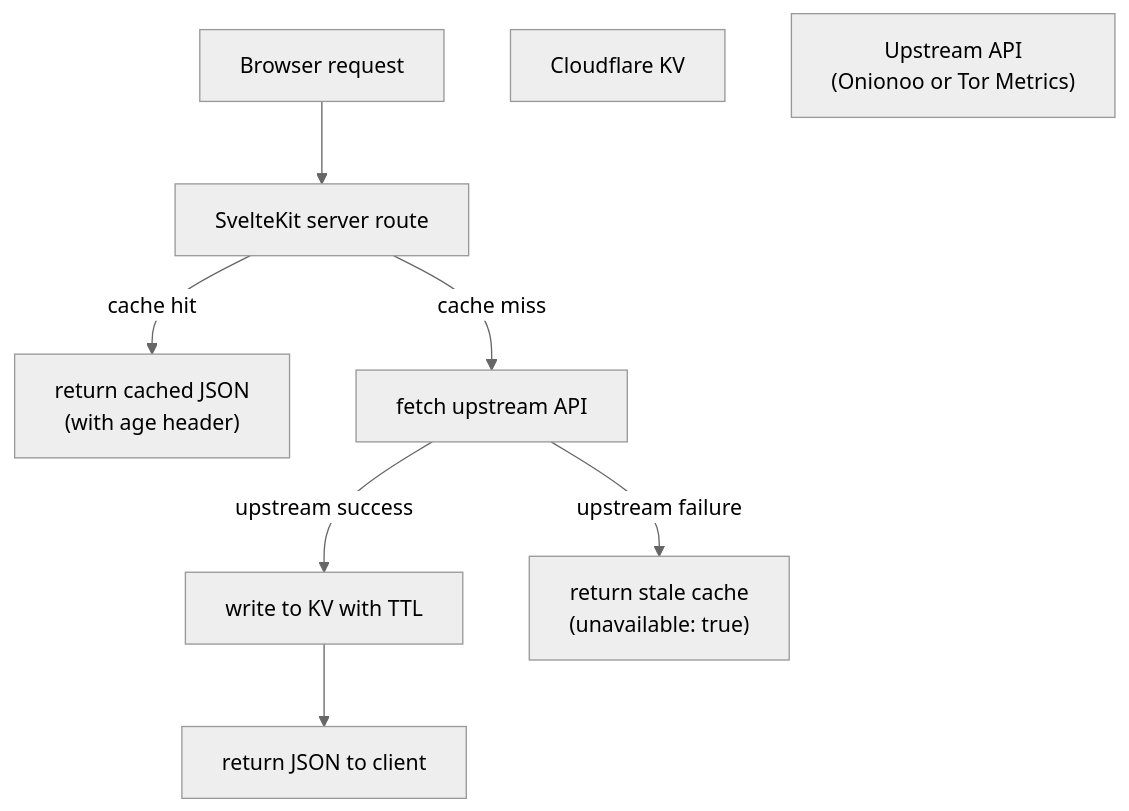
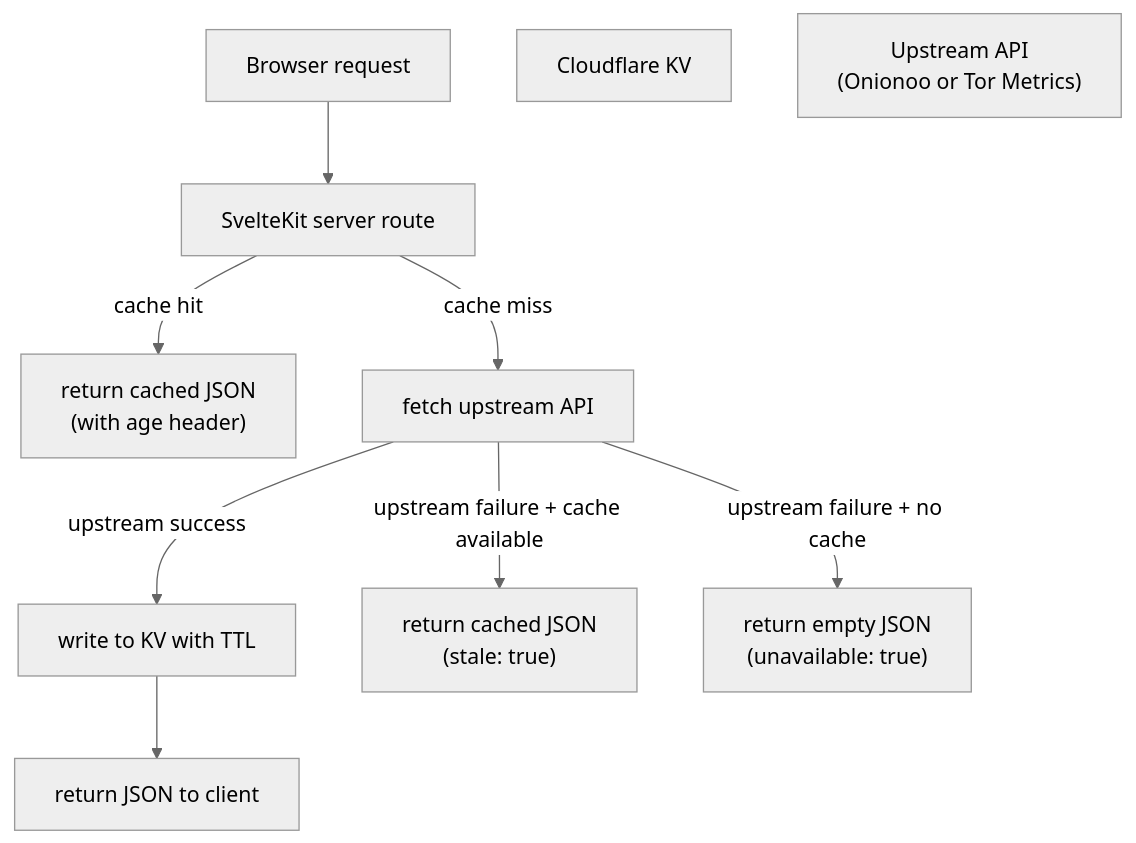
The diagram in docs/data-sources.md (okayu9/obfina), drawn with Mermaid (neutral theme) before and after one commit. The commit also changed other lines of this file and 13 other files, not shown here.

````diff
--- a/docs/data-sources.md
+++ b/docs/data-sources.md
@@ -154,19 +129,21 @@
 ```mermaid
 flowchart TD
     Browser["Browser request"]
     ServerRoute["SvelteKit server route"]
     KV["Cloudflare KV"]
     Upstream["Upstream API\n(Onionoo or Tor Metrics)"]
     CacheHit["return cached JSON\n(with age header)"]
     CacheMiss["fetch upstream API"]
     WriteKV["write to KV with TTL"]
     Return["return JSON to client"]
-    Stale["return stale cache\n(unavailable: true)"]
+    Stale["return cached JSON\n(stale: true)"]
+    Unavailable["return empty JSON\n(unavailable: true)"]
 
     Browser --> ServerRoute
     ServerRoute -->|"cache hit"| CacheHit
     ServerRoute -->|"cache miss"| CacheMiss
     CacheMiss -->|"upstream success"| WriteKV
-    CacheMiss -->|"upstream failure"| Stale
+    CacheMiss -->|"upstream failure + cache available"| Stale
+    CacheMiss -->|"upstream failure + no cache"| Unavailable
     WriteKV --> Return
 ```
````
